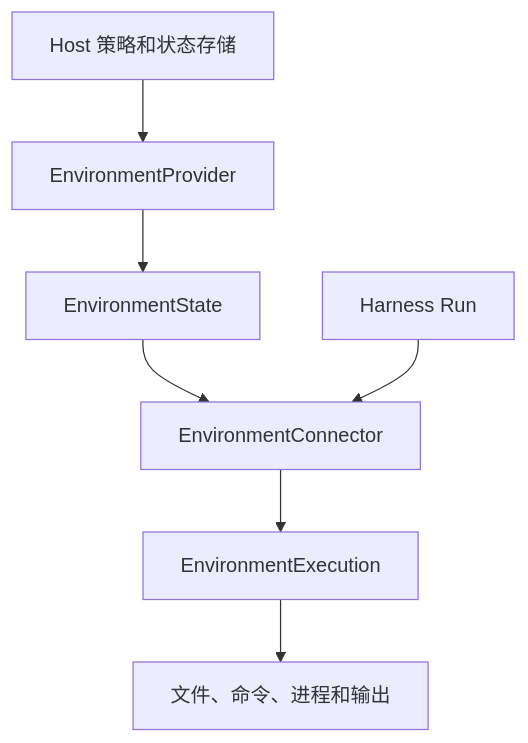
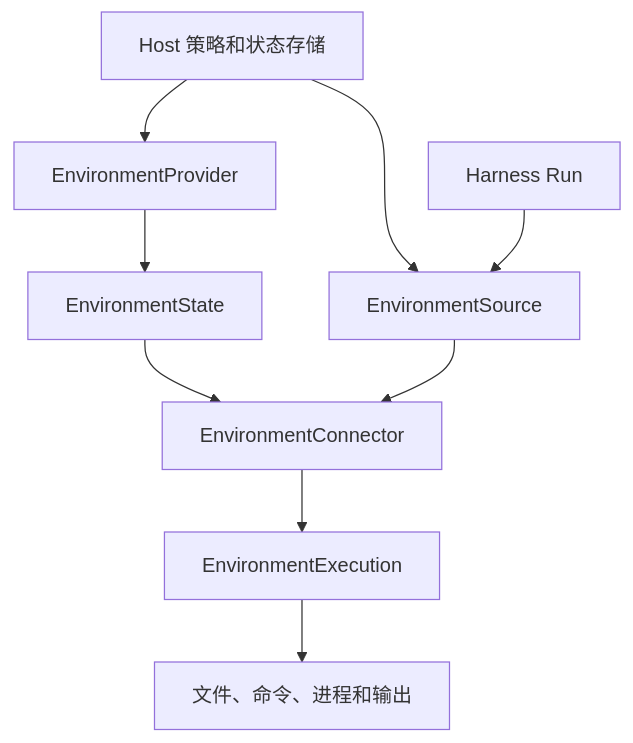
One commit to converge-ai-labs/agent-foundation changed the diagram in docs/environments/index.zh-CN.md. Above: the diagram before and after it, drawn with Mermaid. The commit also changed other lines of this file and 76 other files, not shown here.

````diff
--- a/docs/environments/index.zh-CN.md
+++ b/docs/environments/index.zh-CN.md
@@ -51,9 +51,11 @@
 ```mermaid
 flowchart TB
     Host[Host 策略和状态存储] --> Management[EnvironmentProvider]
     Management --> State[EnvironmentState]
     State --> Connector[EnvironmentConnector]
     Connector --> Execution[EnvironmentExecution]
     Execution --> Operations[文件、命令、进程和输出]
-    Harness[Harness Run] --> Connector
+    Host --> Source[EnvironmentSource]
+    Source --> Connector
+    Harness[Harness Run] --> Source
 ```
````
